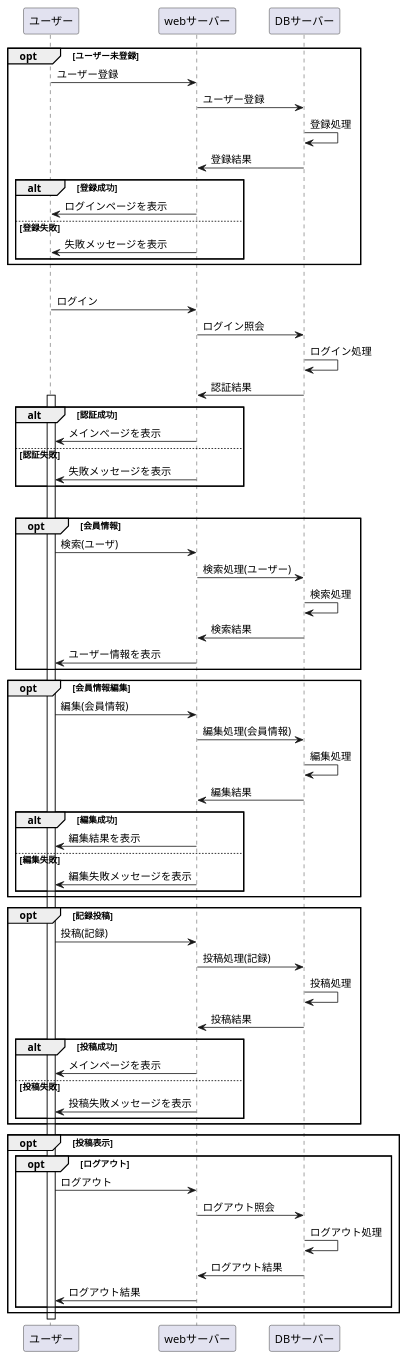
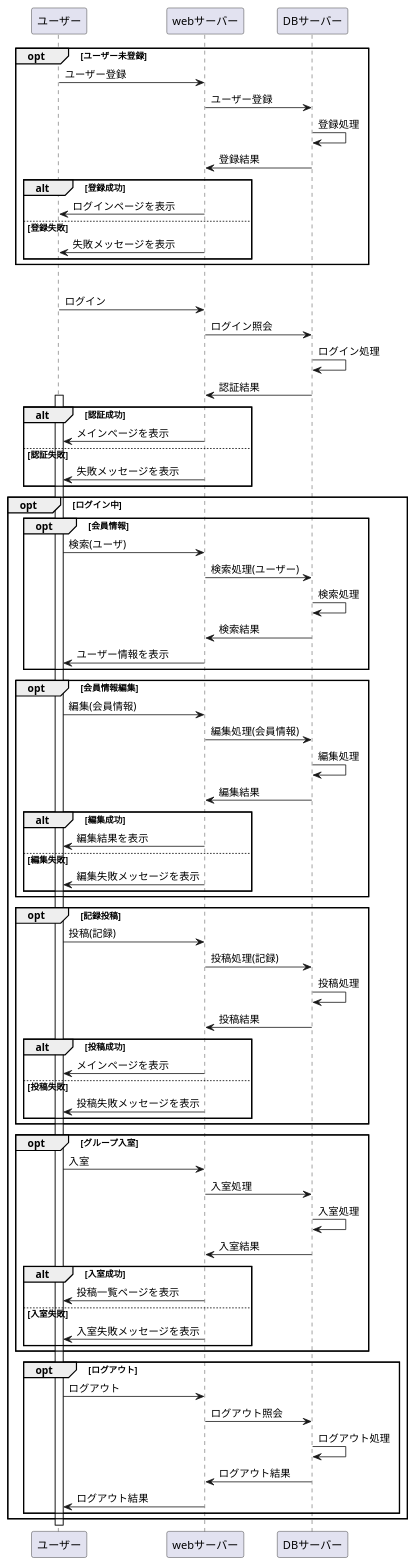
Before and after one commit to Aso2001031/System4_ver2.0: the diagram in 02_業務フロー/業務フロー.md, drawn with PlantUML.

```diff
--- a/02_業務フロー/業務フロー.md
+++ b/02_業務フロー/業務フロー.md
@@ -60,8 +60,17 @@
 end
 end
 
-opt 投稿表示
-
+opt グループ入室
+ユーザー -> webサーバー : 入室
+webサーバー -> DBサーバー : 入室処理
+DBサーバー -> DBサーバー : 入室処理
+DBサーバー -> webサーバー : 入室結果
+alt 入室成功
+webサーバー -> ユーザー : 投稿一覧ページを表示
+else 入室失敗
+webサーバー -> ユーザー : 入室失敗メッセージを表示
+end
+end
 
 opt ログアウト
 ユーザー -> webサーバー : ログアウト
```
